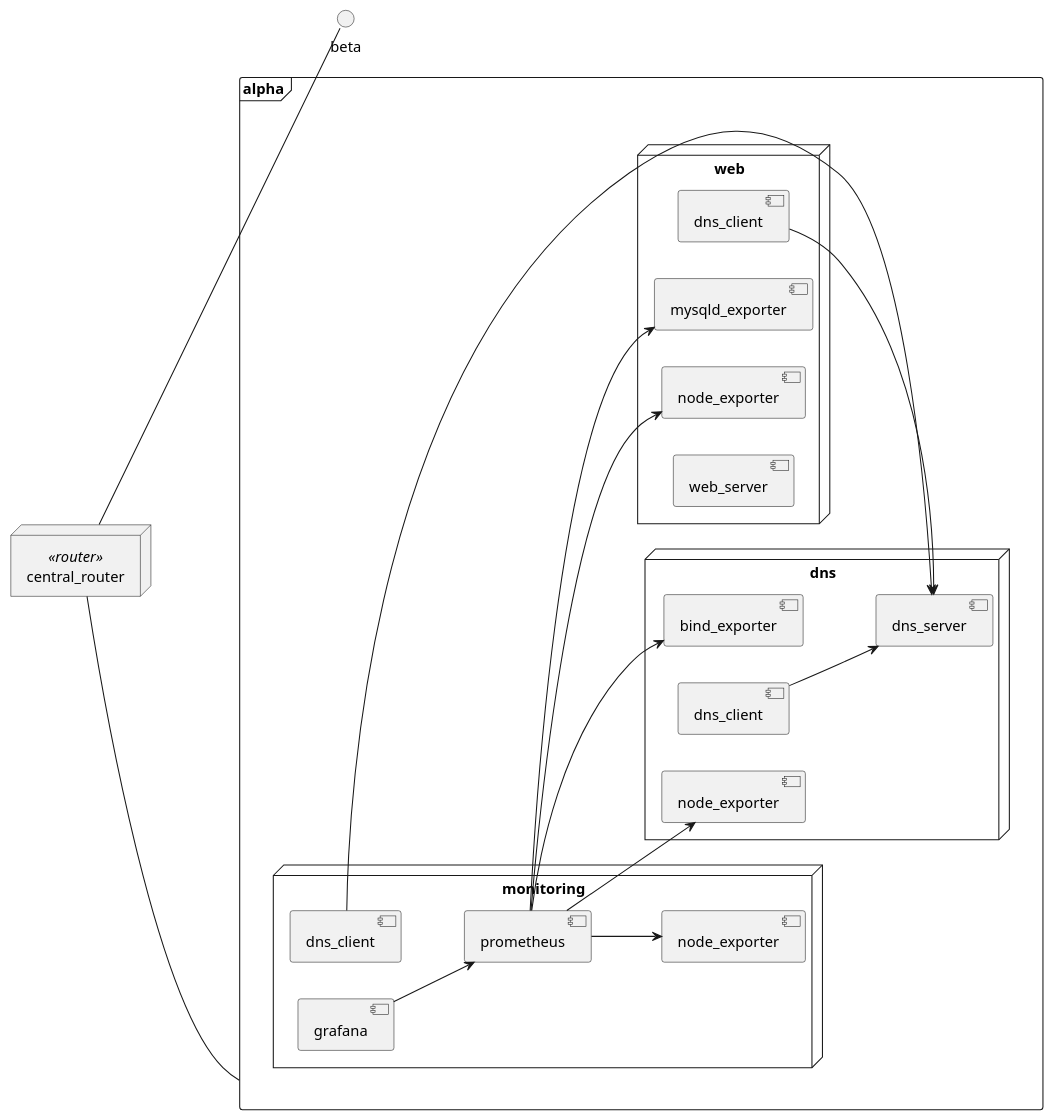
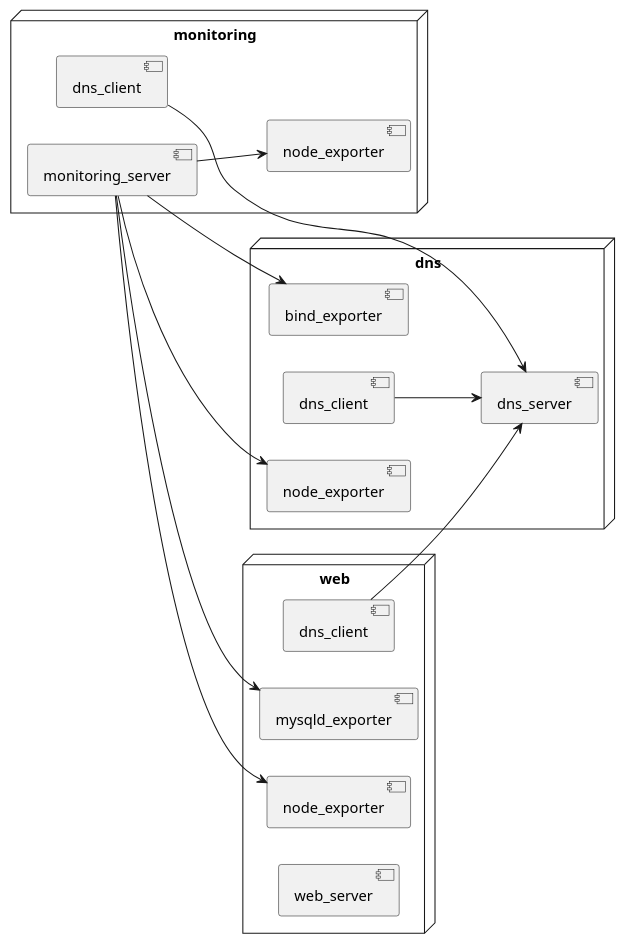
Before and after one commit to lucasluduenasegre/plantuml2ansible: the diagram in input/test_env/uml_test_env.puml, drawn with PlantUML. The commit also changed 48 other files, not shown here.

```diff
--- a/input/test_env/uml_test_env.puml
+++ b/input/test_env/uml_test_env.puml
@@ -1,77 +1,62 @@
-@startuml test_env
+@startuml test_env_test
 ' Specify diagram name above, otherwise falls back on filename for output directory
 ' Note: this name must match with that of the network diagram
 
 ' Fix roles being reused over different nodes
 ' This line makes sure that objects with the same name (nota)
 set separator .
 ' Purely visual, shouldn't have an effect on the parser
 left to right direction
 
-' Network definition
+' Host definition
 '
-' Note: whatever comes after "as" is what's rendered by PlantUML
-'
-' Format: frame <network_identifier>
-frame alpha {
-    ' Host definition
+' Format: node <host_identifier> as <description>
+node dns as "dns" {
+
+    ' Role definition
     '
-    ' Format: node <host_identifier> as <description> 
-    node dns as "dns" {
-        
-        ' Role definition
-        '
-        ' Format: component <role_identifier> as <role_name>
-        component bind_exporter
-        component dns_client
-        component dns_server
-        component node_exporter
-    }
+    ' Format: component <role_identifier> as <role_name>
+    component bind_exporter
+    component dns_client
+    component dns_server
+    component node_exporter
+}
 
-    node monitoring {
-        component dns_client
-        component grafana
-        component node_exporter
-        component prometheus
-    }
+node monitoring {
+    component dns_client
+    component monitoring_server
+    component node_exporter
+}
 
-    node web as "web" {
-        component dns_client
-        component mysqld_exporter
-        component node_exporter
-        component web_server
-    }
+node web as "web" {
+    component dns_client
+    component mysqld_exporter
+    component node_exporter
+    component web_server
 }
 
 ' Router definition
 '
 ' Note: In the resulting diagram, the router sits topologically outside all frames/networks,
 '       which in practice is not accurate. This is a limitation by PlantUML, as an object
 '       can't be nested under multiple other objects. In reality, the router will in fact
 '       belong to multiple networks.
 '
 ' Format: node <router_identifier> <<router>>
-node central_router <<router>>
+' node central_router <<router>>
 
 ' Role-to-role connections
 '
 ' Format: <network_identifier>.<host_identifier>.<role_identifier> --> <network_identifier>.<host_identifier>.<role_identifier>
-alpha.dns.dns_client --> alpha.dns.dns_server
+dns.dns_client --> dns.dns_server
 
-alpha.monitoring.dns_client --> alpha.dns.dns_server
-alpha.monitoring.grafana --> alpha.monitoring.prometheus
-alpha.monitoring.prometheus --> alpha.dns.node_exporter
-alpha.monitoring.prometheus --> alpha.dns.bind_exporter
-alpha.monitoring.prometheus --> alpha.monitoring.node_exporter
-alpha.monitoring.prometheus --> alpha.web.node_exporter
-alpha.monitoring.prometheus --> alpha.web.mysqld_exporter
+monitoring.dns_client --> dns.dns_server
+monitoring.monitoring_server --> dns.node_exporter
+monitoring.monitoring_server --> dns.bind_exporter
+monitoring.monitoring_server --> monitoring.node_exporter
+monitoring.monitoring_server --> web.node_exporter
+monitoring.monitoring_server --> web.mysqld_exporter
 
-alpha.web.dns_client --> alpha.dns.dns_server
-
-' Router-to-network connections
-'
-' Format: <router_identifier> --- <host_identifier|network_identifier>
-central_router --- alpha
-central_router --- beta
+web.dns_client --> dns.dns_server
 
 @enduml
```
